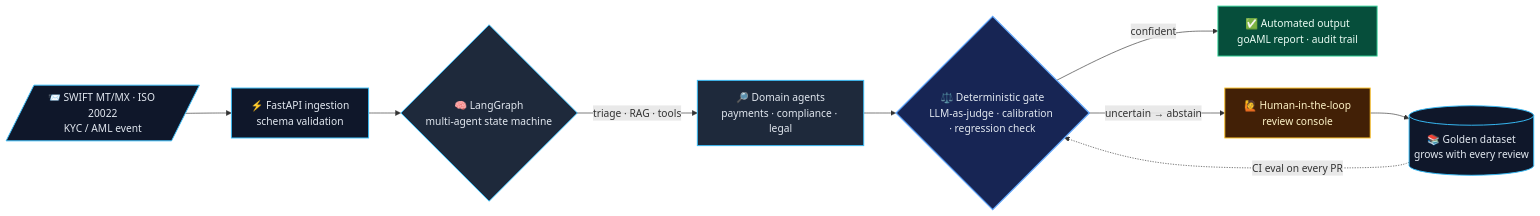
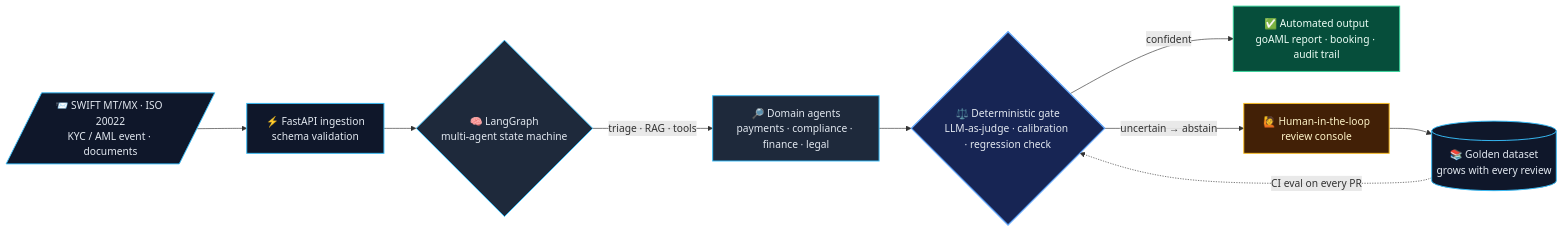
The diagram in README.md (manojrevenkar12-web/manojrevenkar12-web), drawn with Mermaid before and after one commit. The commit also changed other lines of this file, not shown here.

First line of the commit message:
Profile README: spotlight AML investigator, featured grid from audited repos with screenshots

````diff
--- a/README.md
+++ b/README.md
@@ -148,22 +212,22 @@
 ```mermaid
 flowchart LR
-    A[/"📨 SWIFT MT/MX · ISO 20022<br/>KYC / AML event"/] --> B["⚡ FastAPI ingestion<br/>schema validation"]
+    A[/"📨 SWIFT MT/MX · ISO 20022<br/>KYC / AML event · documents"/] --> B["⚡ FastAPI ingestion<br/>schema validation"]
     B --> C{"🧠 LangGraph<br/>multi-agent state machine"}
-    C -->|triage · RAG · tools| D["🔎 Domain agents<br/>payments · compliance · legal"]
+    C -->|triage · RAG · tools| D["🔎 Domain agents<br/>payments · compliance · finance · legal"]
     D --> E{"⚖️ Deterministic gate<br/>LLM-as-judge · calibration · regression check"}
-    E -->|confident| F["✅ Automated output<br/>goAML report · audit trail"]
+    E -->|confident| F["✅ Automated output<br/>goAML report · booking · audit trail"]
     E -->|uncertain → abstain| G["🙋 Human-in-the-loop<br/>review console"]
     G --> H[("📚 Golden dataset<br/>grows with every review")]
     H -.->|CI eval on every PR| E
 
     classDef ingest fill:#0F172A,stroke:#38BDF8,color:#E2E8F0,stroke-width:1.5px
     classDef agent  fill:#1E293B,stroke:#38BDF8,color:#E2E8F0,stroke-width:1.5px
     classDef gate   fill:#172554,stroke:#60A5FA,color:#E2E8F0,stroke-width:2px
     classDef out    fill:#064E3B,stroke:#34D399,color:#ECFDF5,stroke-width:1.5px
     classDef human  fill:#422006,stroke:#FBBF24,color:#FEF3C7,stroke-width:1.5px
     class A,B,H ingest
     class C,D agent
     class E gate
     class F out
     class G human
 ```
````
